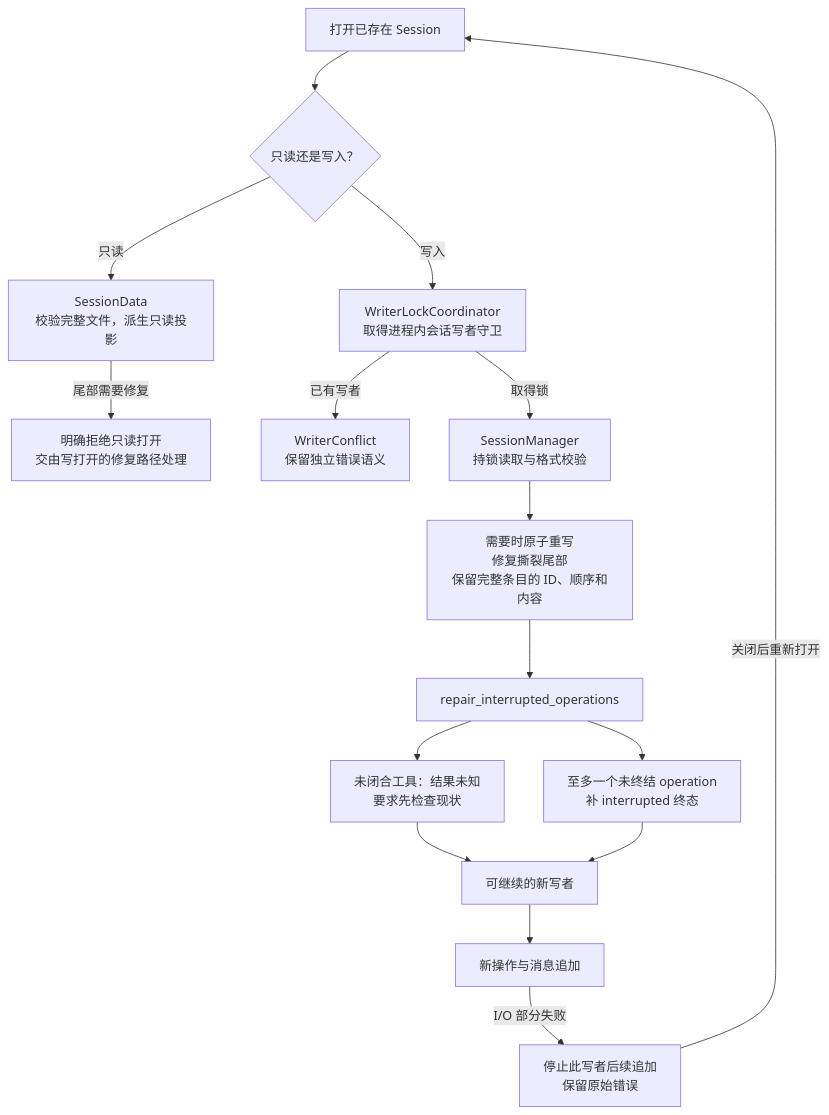
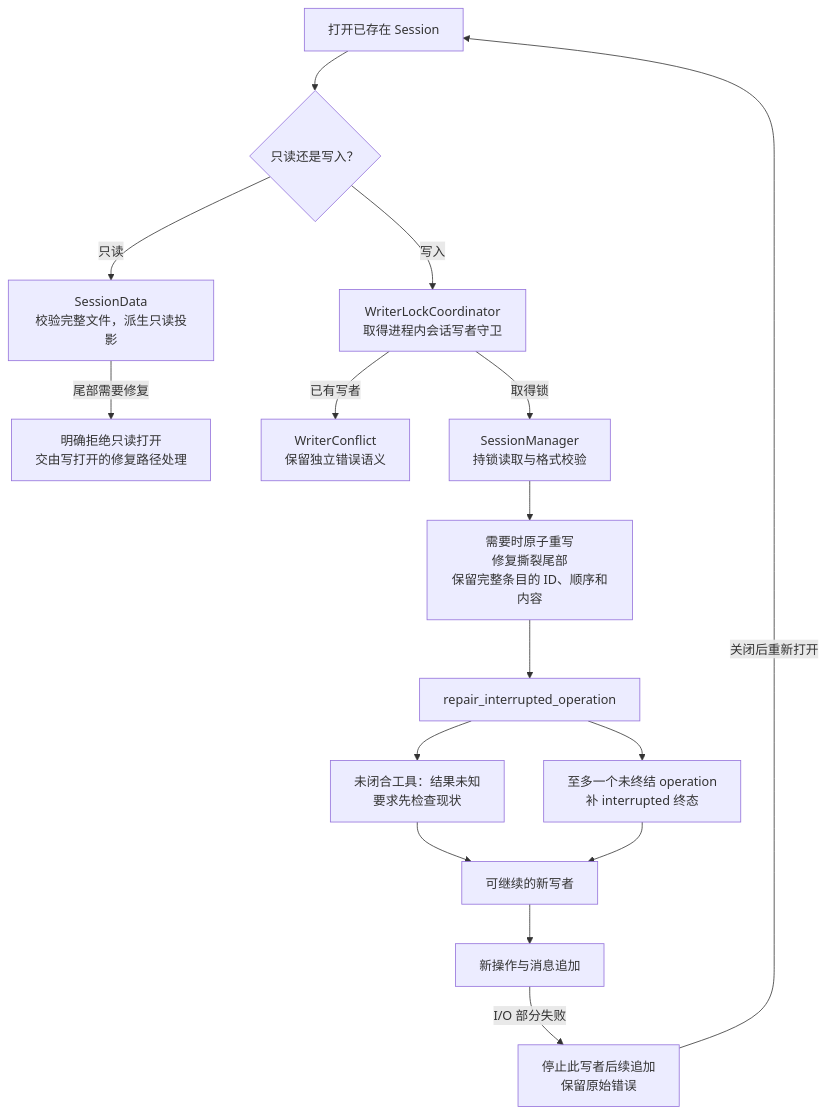
Diagram 28 of 29 in docs/singularity.md (qjcnmd/singularity-agent), drawn with Mermaid before and after one commit. The commit also changed other lines of this file and 10 other files, not shown here.

````diff
--- a/docs/singularity.md
+++ b/docs/singularity.md
@@ -755,18 +756,18 @@
 ```mermaid
 flowchart TB
     Open["打开已存在 Session"] --> Mode{"只读还是写入？"}
     Mode -->|"只读"| Read["SessionData<br/>校验完整文件，派生只读投影"]
     Read -->|"尾部需要修复"| ReadError["明确拒绝只读打开<br/>交由写打开的修复路径处理"]
     Mode -->|"写入"| Lock["WriterLockCoordinator<br/>取得进程内会话写者守卫"]
     Lock -->|"已有写者"| Conflict["WriterConflict<br/>保留独立错误语义"]
     Lock -->|"取得锁"| Manager["SessionManager<br/>持锁读取与格式校验"]
     Manager --> Rewrite["需要时原子重写<br/>修复撕裂尾部<br/>保留完整条目的 ID、顺序和内容"]
-    Rewrite --> Repair["repair_interrupted_operations"]
+    Rewrite --> Repair["repair_interrupted_operation"]
     Repair --> Unknown["未闭合工具：结果未知<br/>要求先检查现状"]
     Repair --> Interrupted["至多一个未终结 operation<br/>补 interrupted 终态"]
     Unknown --> Ready["可继续的新写者"]
     Interrupted --> Ready
     Ready --> Append["新操作与消息追加"]
     Append -->|"I/O 部分失败"| Stop["停止此写者后续追加<br/>保留原始错误"]
     Stop -->|"关闭后重新打开"| Open
 ```
````
